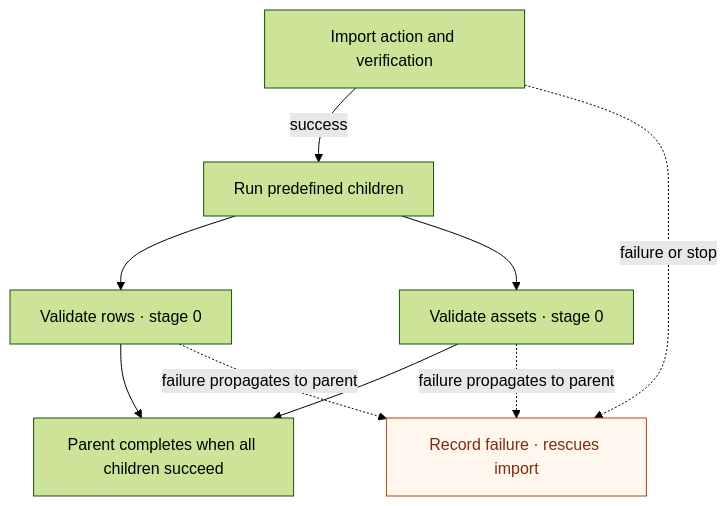
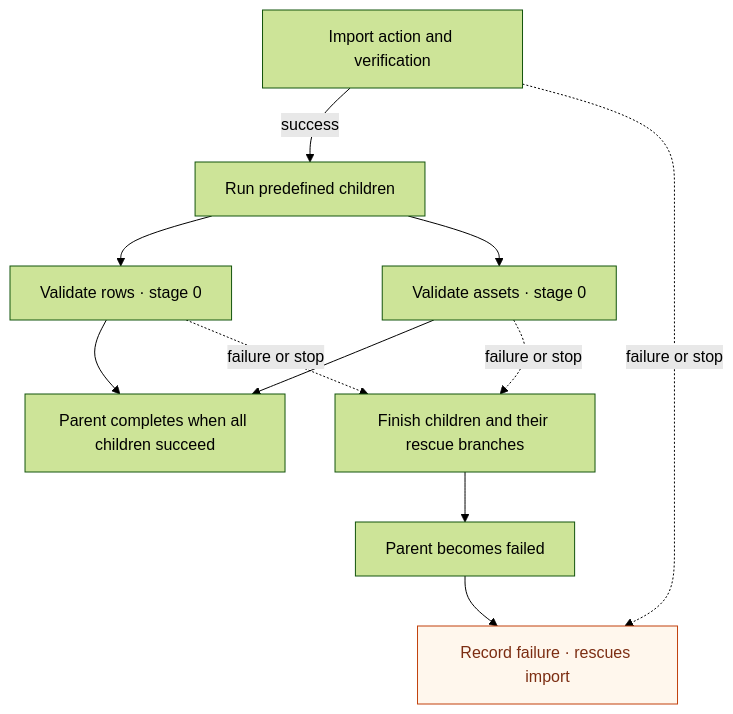
The fourth of 5 diagrams in docs/guide.md (brunocfalcao/scarlett), drawn with Mermaid (forest theme) before and after one commit. The commit also changed other lines of this file and 32 other files, not shown here.

````diff
--- a/docs/guide.md
+++ b/docs/guide.md
@@ -226,13 +247,15 @@
 ```mermaid
 flowchart TD
     Parent["Import action and verification"] -->|"success"| Children["Run predefined children"]
     Children --> A["Validate rows · stage 0"]
     Children --> B["Validate assets · stage 0"]
     A --> Complete["Parent completes when all children succeed"]
     B --> Complete
     Parent -.->|"failure or stop"| Rescue["Record failure · rescues import"]
-    A -.->|"failure propagates to parent"| Rescue
-    B -.->|"failure propagates to parent"| Rescue
+    A -.->|"failure or stop"| Drain["Finish children and their rescue branches"]
+    B -.->|"failure or stop"| Drain
+    Drain --> Failed["Parent becomes failed"]
+    Failed --> Rescue
     classDef recovery fill:#fff7ed,stroke:#c2410c,color:#7c2d12
     class Rescue recovery
 ```
````
